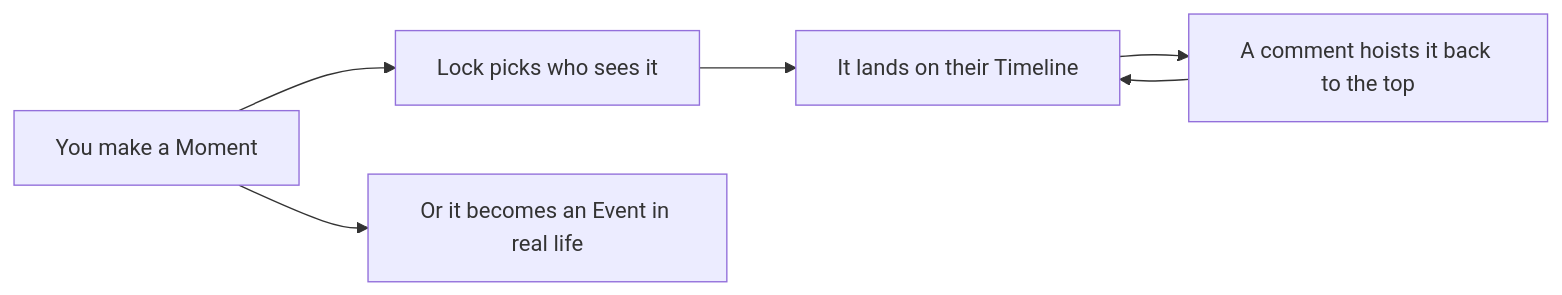
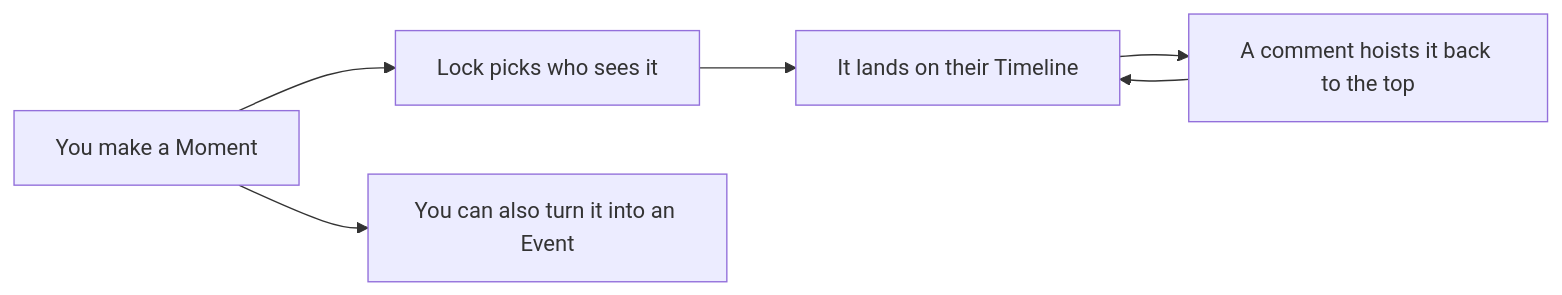
One commit to yoshirozay/social-media-app changed the first of 2 diagrams in README.md. Above: the diagram before and after it, drawn with Mermaid. The commit also changed 1 other file, not shown here.

Commit message:
Rewrite the Event loop line in plain English

````diff
--- a/README.md
+++ b/README.md
@@ -37,8 +37,8 @@
 ```mermaid
 flowchart LR
   A[You make a Moment] --> B[Lock picks who sees it]
   B --> C[It lands on their Timeline]
   C --> D[A comment hoists it back to the top]
   D --> C
-  A --> E[Or it becomes an Event in real life]
+  A --> E[You can also turn it into an Event]
 ```
````
